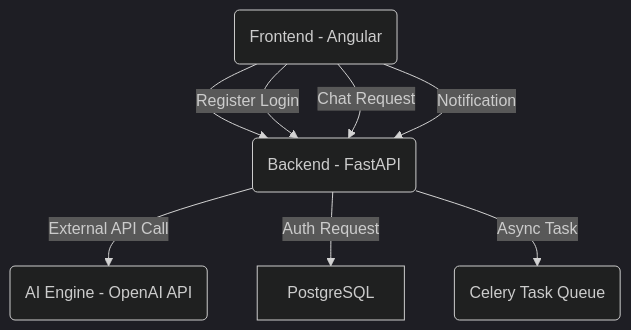
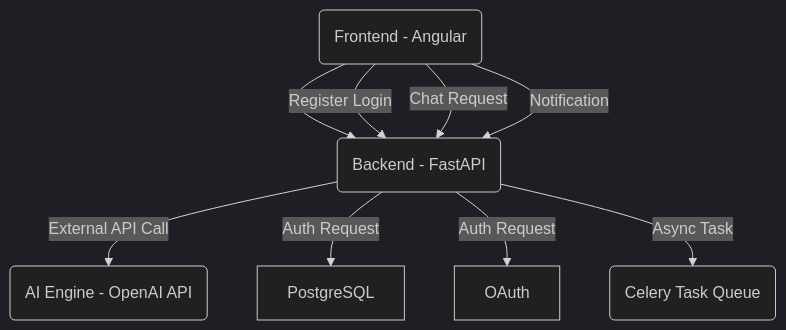
One commit to Joy-Ese/JayBank-Support-App changed the diagram in mermaid.md. Above: the diagram before and after it, drawn with Mermaid (dark theme).

````diff
--- a/mermaid.md
+++ b/mermaid.md
@@ -2,10 +2,10 @@
 ``` mermaid
 flowchart TD;
     FE("Frontend - Angular") --> BE("Backend - FastAPI")
     BE -->|External API Call| AI("AI Engine - OpenAI API")
     FE -->|Register Login| BE
     FE -->|Chat Request| BE
     FE -->|Notification| BE
-    BE -->|Auth Request| Database["PostgreSQL"]
+    BE -->|Auth Request| Database["PostgreSQL"] & Jwt["OAuth"]
     BE -->|Async Task| Queue("Celery Task Queue")
 ```
````
